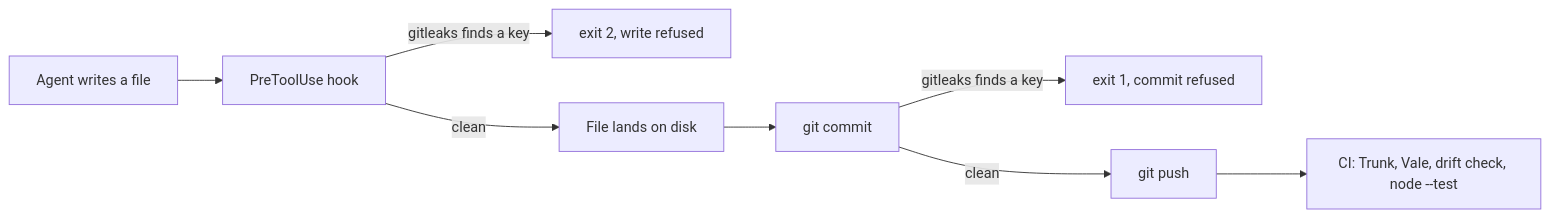
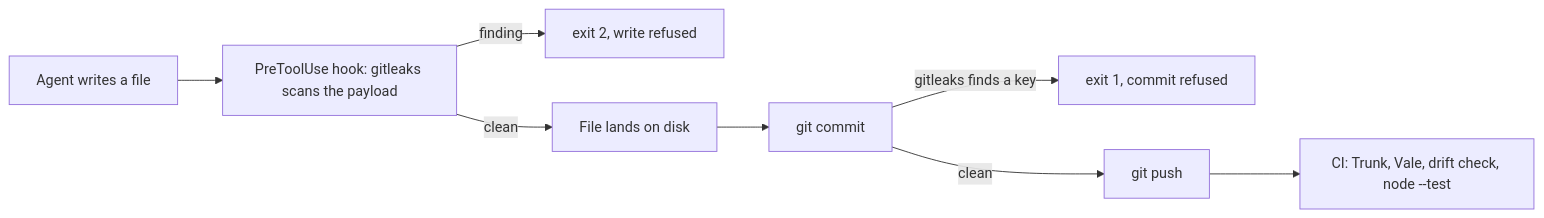
One commit to markkennethbadilla/public-agent-provisioning changed the diagram in README.md. Above: the diagram before and after it, drawn with Mermaid. The commit also changed other lines of this file and 850 other files, not shown here.

````diff
--- a/README.md
+++ b/README.md
@@ -27,10 +37,10 @@
 ```mermaid
 flowchart LR
-    A["Agent writes a file"] --> B["PreToolUse hook"]
-    B -->|gitleaks finds a key| X["exit 2, write refused"]
+    A["Agent writes a file"] --> B["PreToolUse hook: gitleaks scans the payload"]
+    B -->|finding| X["exit 2, write refused"]
     B -->|clean| C["File lands on disk"]
     C --> D["git commit"]
     D -->|gitleaks finds a key| Y["exit 1, commit refused"]
     D -->|clean| E["git push"]
     E --> F["CI: Trunk, Vale, drift check, node --test"]
 ```
````
